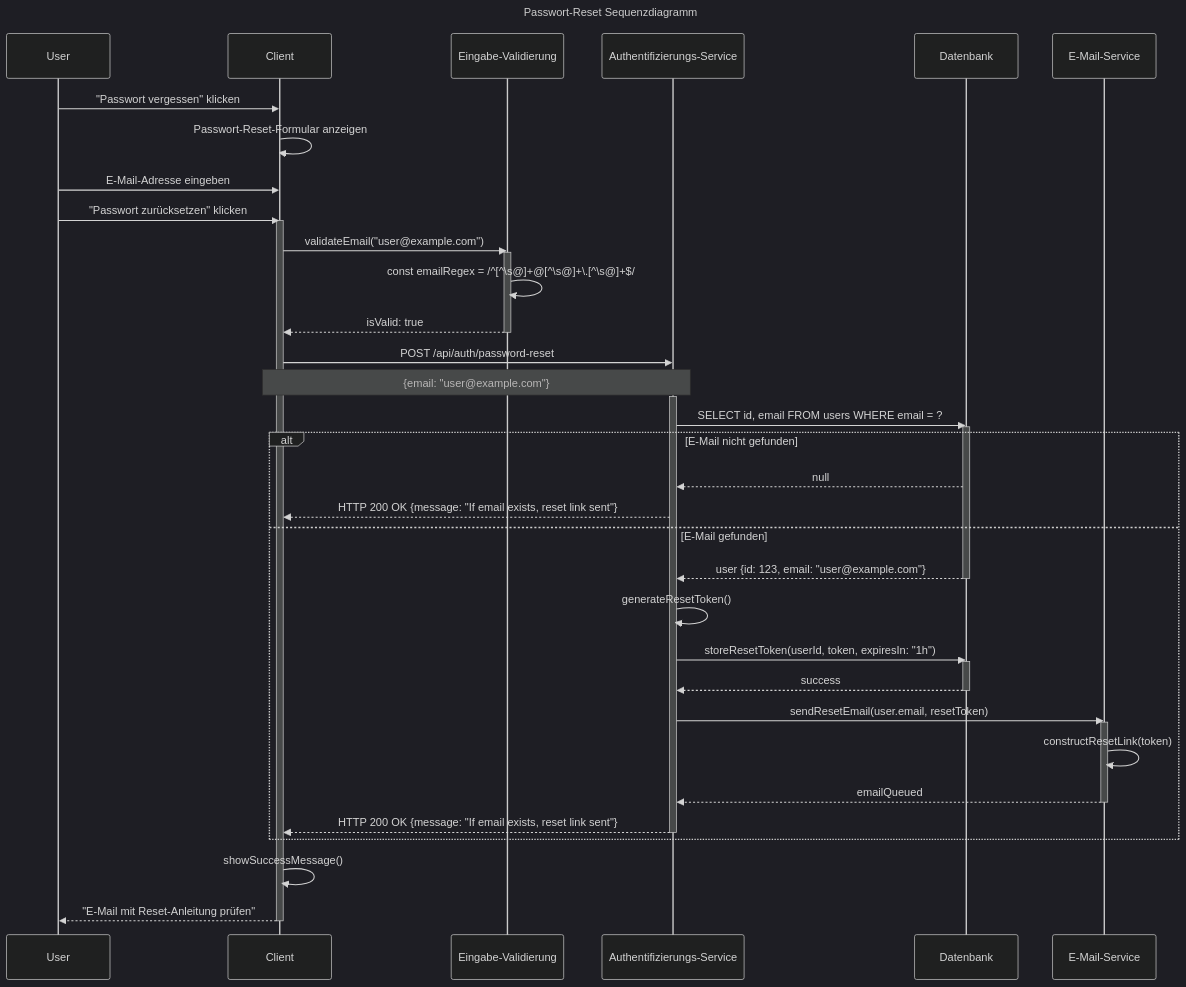
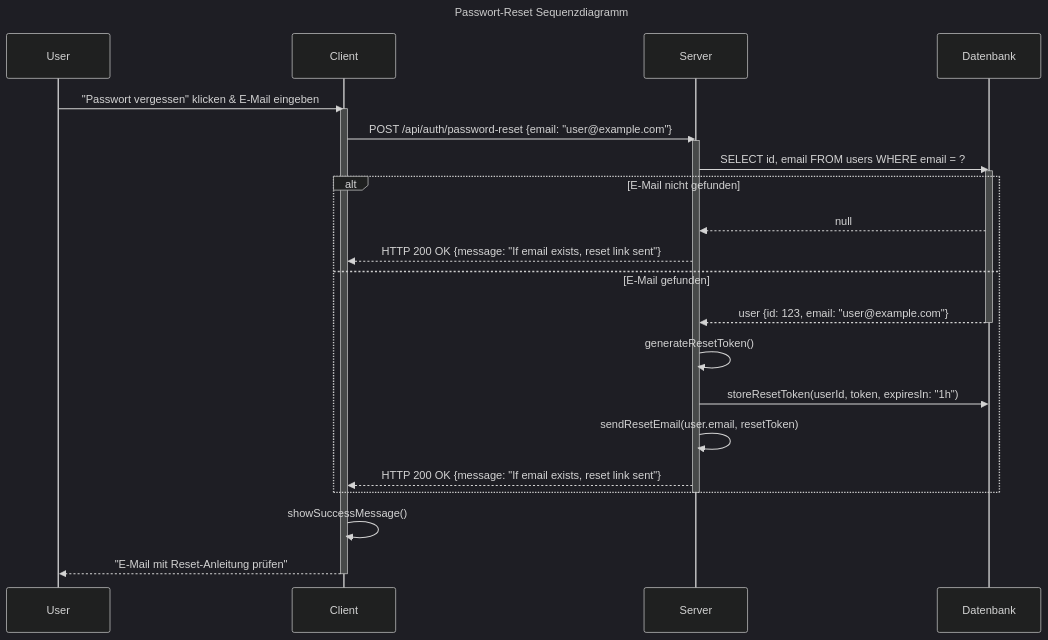
One commit to Hexfields-Studio/HexfieldsDominion-Artefacts changed the diagram in srs/account_management/password_reset/password_reset.md. Above: the diagram before and after it, drawn with Mermaid (dark theme). The commit also changed 7 other files, not shown here.

Commit message:
Changed Sequence Diagrams, added logo to stand-in GitHub-Pages HTML

````diff
--- a/srs/account_management/password_reset/password_reset.md
+++ b/srs/account_management/password_reset/password_reset.md
@@ -30,58 +30,35 @@
 ```mermaid
 sequenceDiagram
     title Passwort-Reset Sequenzdiagramm
 
     participant User
     participant Client
-    participant Valid as Eingabe-Validierung
-    participant Auth as Authentifizierungs-Service
-    participant DB as Datenbank
-    participant Mails as E-Mail-Service
+    participant Server
+    participant Datenbank
 
-    User->>Client: "Passwort vergessen" klicken
-    Client->>Client: Passwort-Reset-Formular anzeigen
-    User->>Client: E-Mail-Adresse eingeben
-    User->>Client: "Passwort zurücksetzen" klicken
+    User->>Client: "Passwort vergessen" klicken & E-Mail eingeben
     activate Client
     
-    Client->>Valid: validateEmail("user@example.com")
-    activate Valid
-    Valid->>Valid: const emailRegex = /^[^\s@]+@[^\s@]+\.[^\s@]+$/
-    Valid-->>Client: isValid: true
-    deactivate Valid
+    Client->>Server: POST /api/auth/password-reset {email: "user@example.com"}
+    activate Server
     
-    Client->>Auth: POST /api/auth/password-reset
-    note over Client,Auth: {email: "user@example.com"}
-    activate Auth
-    
-    Auth->>DB: SELECT id, email FROM users WHERE email = ?
-    activate DB
+    Server->>Datenbank: SELECT id, email FROM users WHERE email = ?
+    activate Datenbank
     alt E-Mail nicht gefunden
-        DB-->>Auth: null
-        %%deactivate DB
-        Auth-->>Client: HTTP 200 OK {message: "If email exists, reset link sent"}
-        %%deactivate Auth
+        Datenbank-->>Server: null
+        Server-->>Client: HTTP 200 OK {message: "If email exists, reset link sent"}
     else E-Mail gefunden
-        DB-->>Auth: user {id: 123, email: "user@example.com"}
-        deactivate DB
+        Datenbank-->>Server: user {id: 123, email: "user@example.com"}
+        deactivate Datenbank
         
-        Auth->>Auth: generateResetToken()
-        Auth->>DB: storeResetToken(userId, token, expiresIn: "1h")
-        activate DB
-        DB-->>Auth: success
-        deactivate DB
-        
-        Auth->>Mails: sendResetEmail(user.email, resetToken)
-        activate Mails
-        Mails->>Mails: constructResetLink(token)
-        Mails-->>Auth: emailQueued
-        deactivate Mails
-        
-        Auth-->>Client: HTTP 200 OK {message: "If email exists, reset link sent"}
-        deactivate Auth
+        Server->>Server: generateResetToken()
+        Server->>Datenbank: storeResetToken(userId, token, expiresIn: "1h")
+        Server->>Server: sendResetEmail(user.email, resetToken)
+        Server-->>Client: HTTP 200 OK {message: "If email exists, reset link sent"}
     end
+    deactivate Server
     
     Client->>Client: showSuccessMessage()
     Client-->>User: "E-Mail mit Reset-Anleitung prüfen"
     deactivate Client
 ```
````
